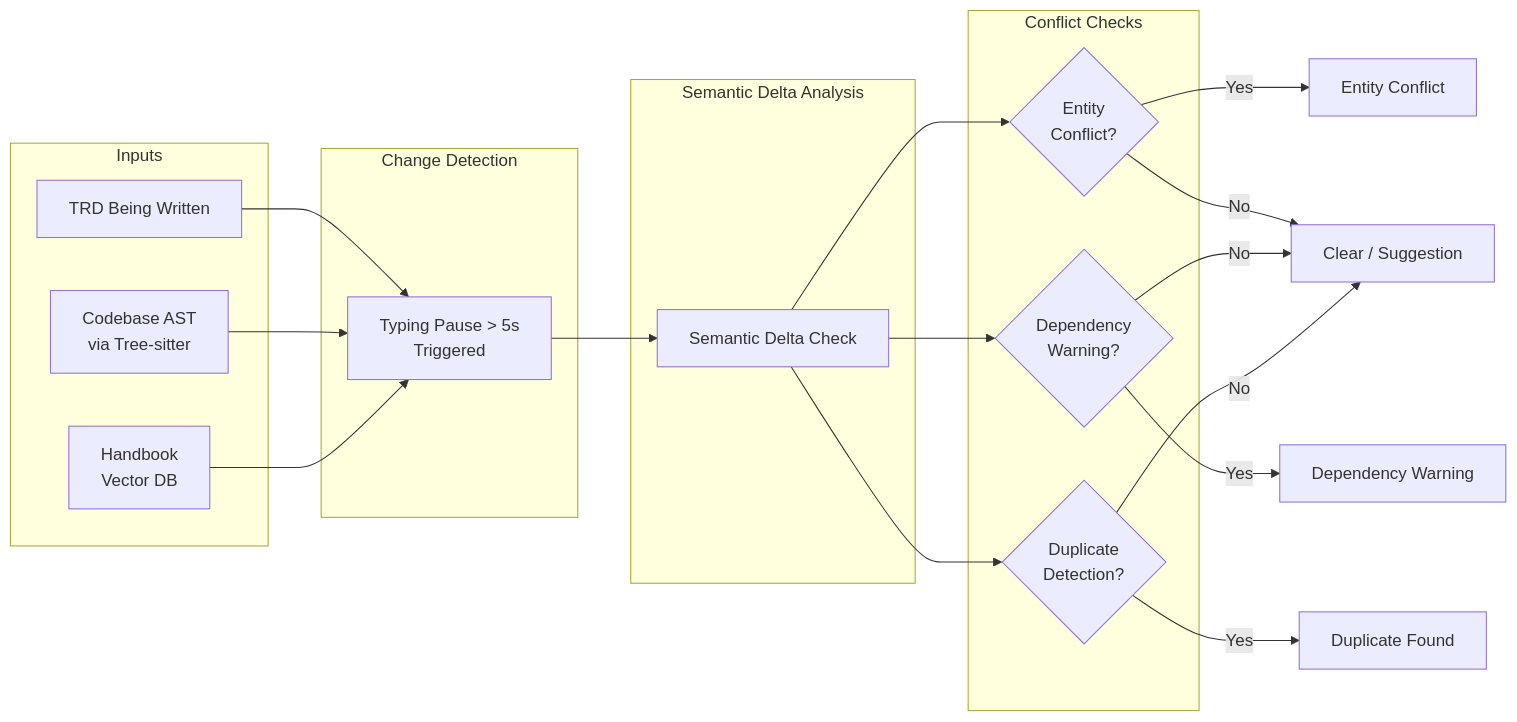
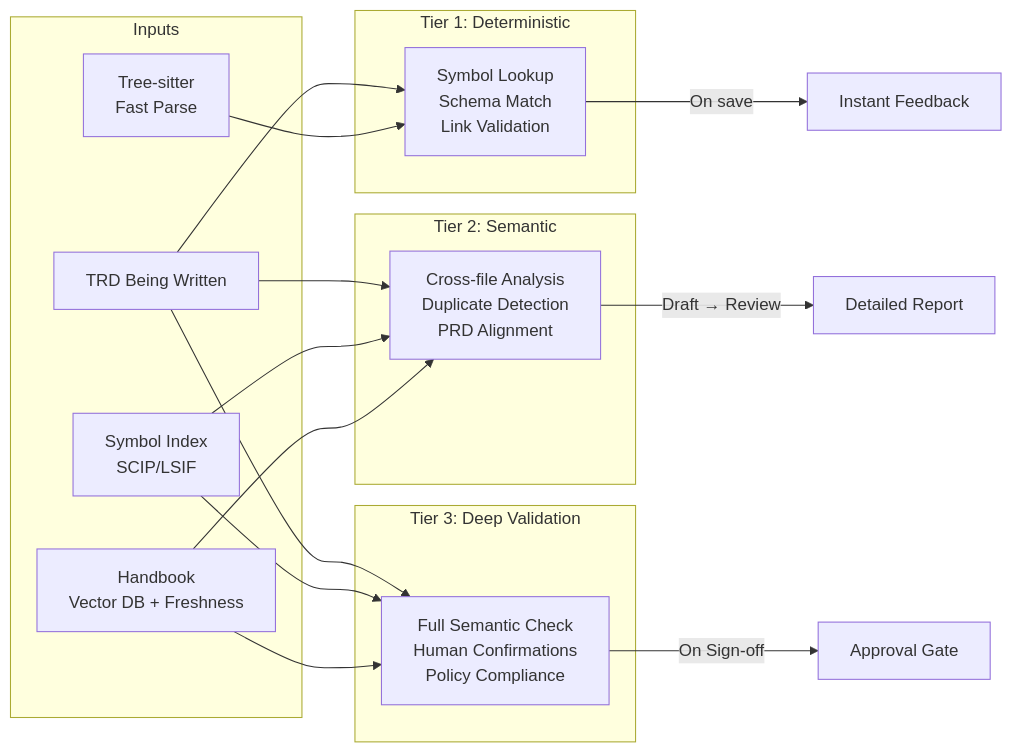
One commit to ckmonish2000/Garfield changed the eighth of 9 diagrams in docs/architecture.md. Above: the diagram before and after it, drawn with Mermaid. The commit also changed other lines of this file and 1 other file, not shown here.

Commit message:
feat: update the architecture to make it more robust and detailed

````diff
--- a/docs/architecture.md
+++ b/docs/architecture.md
@@ -293,31 +447,29 @@
 ```mermaid
 flowchart LR
     subgraph Inputs
         TRD[TRD Being Written]
-        AST[Codebase AST<br/>via Tree-sitter]
-        HB[Handbook<br/>Vector DB]
+        IDX[Symbol Index<br/>SCIP/LSIF]
+        TS[Tree-sitter<br/>Fast Parse]
+        HB[Handbook<br/>Vector DB + Freshness]
     end
 
-    subgraph Detection["Change Detection"]
-        CD[Typing Pause > 5s<br/>Triggered]
+    subgraph Tier1["Tier 1: Deterministic"]
+        T1[Symbol Lookup<br/>Schema Match<br/>Link Validation]
     end
 
-    subgraph Analysis["Semantic Delta Analysis"]
-        SDA[Semantic Delta Check]
+    subgraph Tier2["Tier 2: Semantic"]
+        T2[Cross-file Analysis<br/>Duplicate Detection<br/>PRD Alignment]
     end
 
-    subgraph Checks["Conflict Checks"]
-        EC{Entity<br/>Conflict?}
-        DW{Dependency<br/>Warning?}
-        DD{Duplicate<br/>Detection?}
+    subgraph Tier3["Tier 3: Deep Validation"]
+        T3[Full Semantic Check<br/>Human Confirmations<br/>Policy Compliance]
     end
 
-    TRD & AST & HB --> CD
-    CD --> SDA
-    SDA --> EC & DW & DD
-
-    EC -->|Yes| FL1[Entity Conflict]
-    DW -->|Yes| FL2[Dependency Warning]
-    DD -->|Yes| FL3[Duplicate Found]
-    EC & DW & DD -->|No| SUG[Clear / Suggestion]
+    TRD --> T1
+    TS --> T1
+    T1 -->|On save| R1[Instant Feedback]
+    TRD & IDX & HB --> T2
+    T2 -->|Draft → Review| R2[Detailed Report]
+    TRD & IDX & HB --> T3
+    T3 -->|On Sign-off| R3[Approval Gate]
 ```
````
